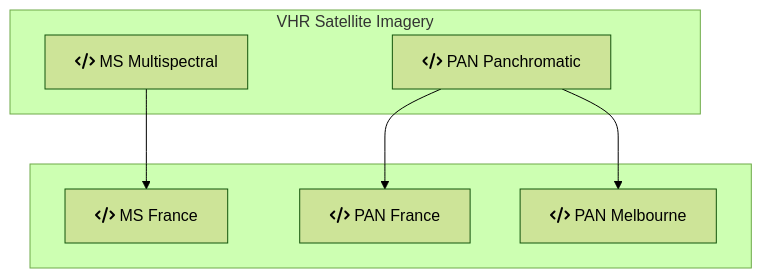
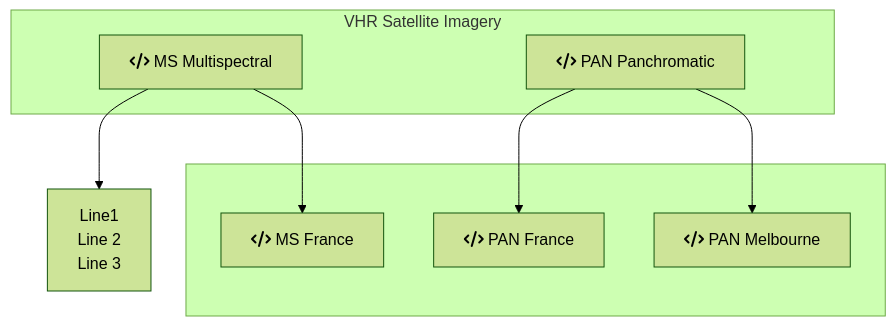
One commit to DippoldEJ/Satellite-Datasets changed the diagram in Pleiades/README.md. Above: the diagram before and after it, drawn with Mermaid (forest theme).

````diff
--- a/Pleiades/README.md
+++ b/Pleiades/README.md
@@ -7,18 +7,23 @@
 ```mermaid
 flowchart TD;
 
 subgraph VHR Satellite Imagery
     a[fa:fa-code MS Multispectral]
     b[fa:fa-code PAN Panchromatic]
     end
 
 subgraph  
     c[fa:fa-code MS France]
     d[fa:fa-code PAN France]
     e[fa:fa-code PAN Melbourne]
     end
 
+    f["`Line1
+    Line 2
+    Line 3`"]
+
+    a --> f
 a --> c
 b --> d
 b --> e
 ```
````
